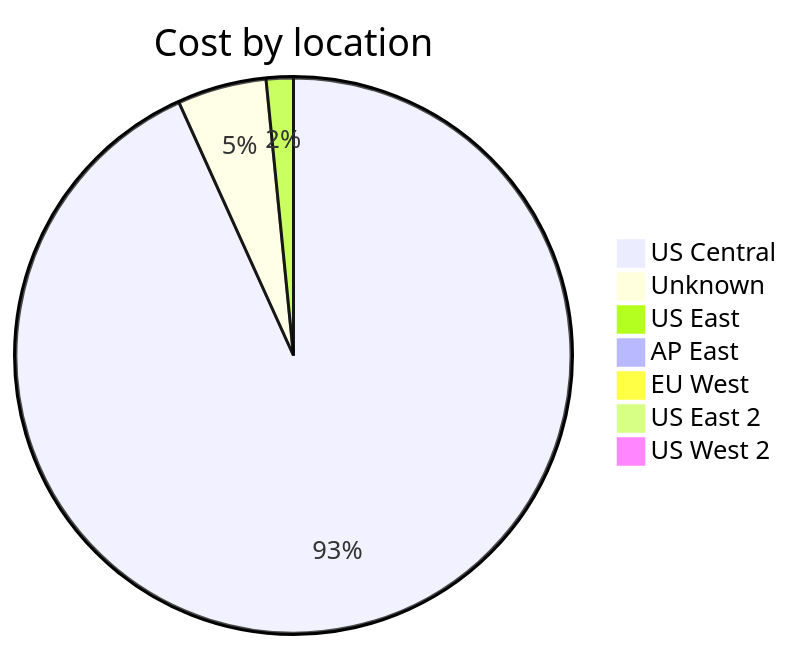
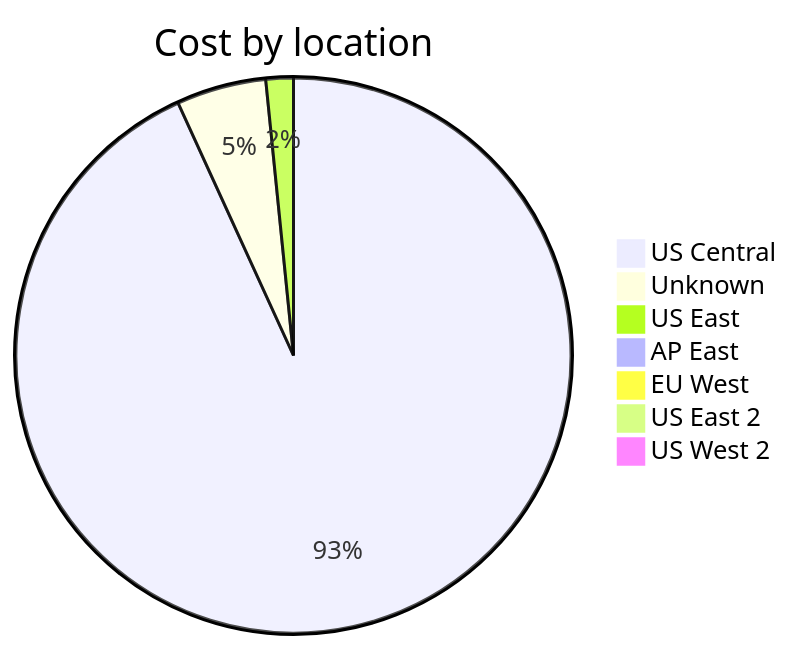
Before and after one commit to jpfulton/azure-personal-reports: the third of 4 diagrams in cost-reports/accumulated-cost.md, drawn with Mermaid. The commit also changed other lines of this file and 4 other files, not shown here.

````diff
--- a/cost-reports/accumulated-cost.md
+++ b/cost-reports/accumulated-cost.md
@@ -121,11 +121,11 @@
 ```mermaid
 pie
    title Cost by location
-   "US Central" : 8.27
-   "Unknown" : 0.46
-   "US East" : 0.14
+   "US Central" : 8.74
+   "Unknown" : 0.49
+   "US East" : 0.15
    "AP East" : 0.00
    "EU West" : 0.00
    "US East 2" : 0.00
    "US West 2" : 0.00
 ```
````
